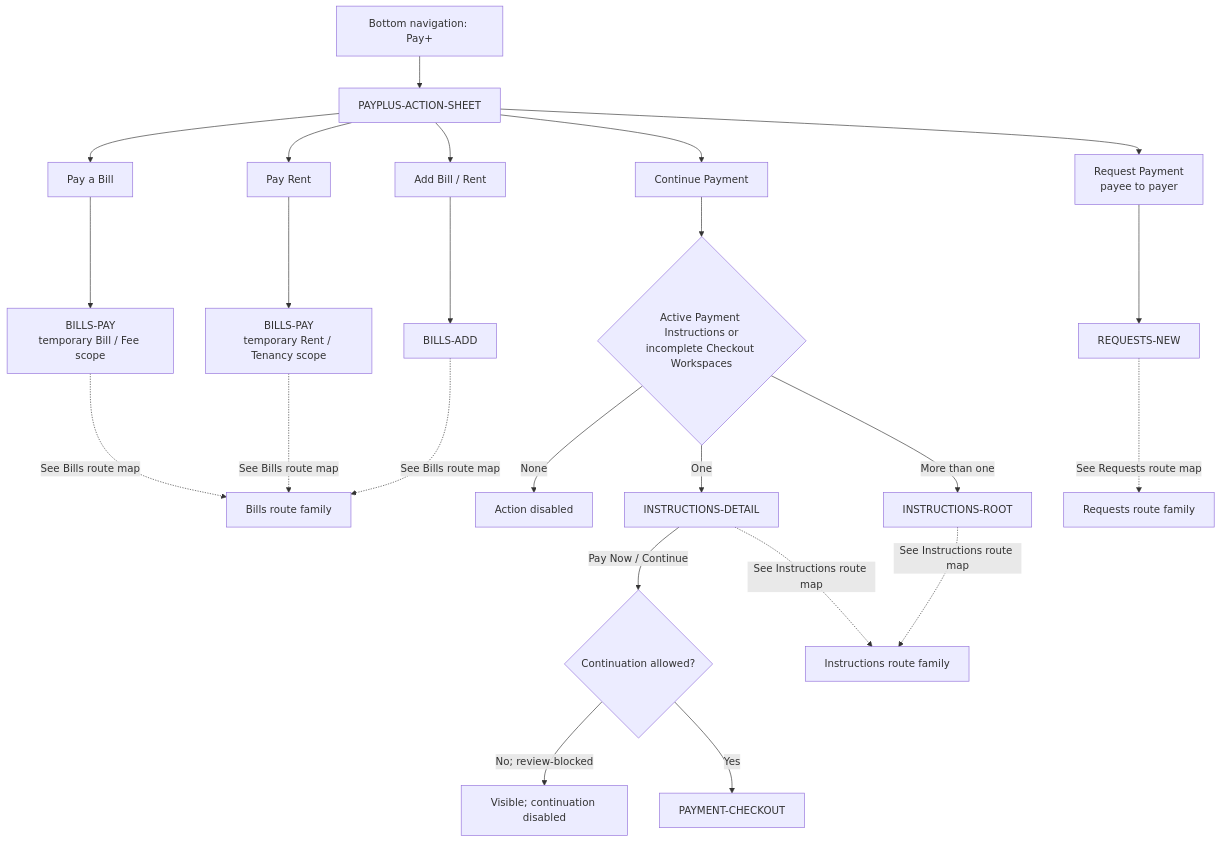
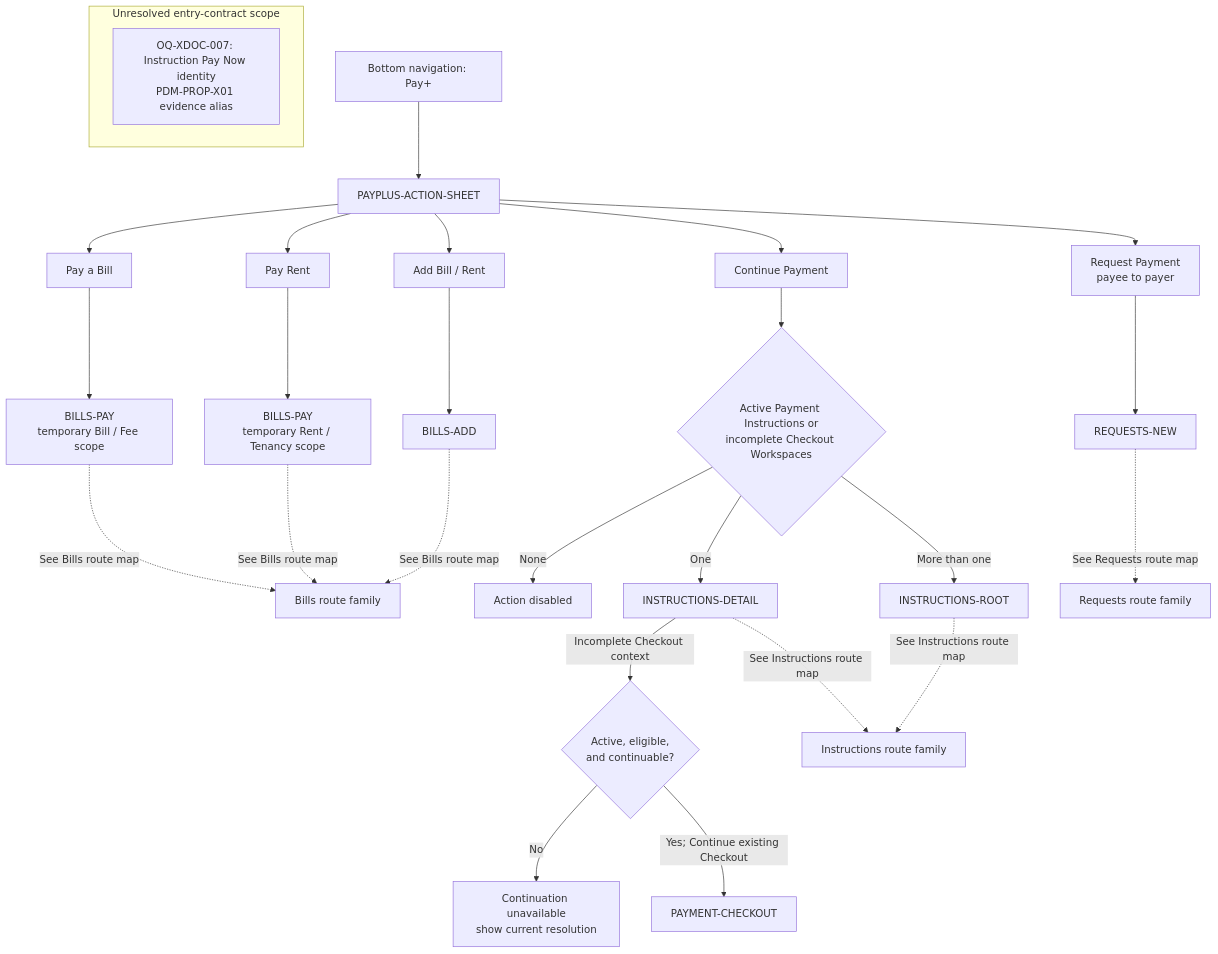
Before and after one commit to adminpayplus/payplus-docs: the diagram in docs/diagrams/routes/payplus-action-sheet-route-map.md, drawn with Mermaid. The commit also changed other lines of this file and 12 other files, not shown here.

Commit message:
docs: define adaptive payment checkout UX

````diff
--- a/docs/diagrams/routes/payplus-action-sheet-route-map.md
+++ b/docs/diagrams/routes/payplus-action-sheet-route-map.md
@@ -9,31 +9,35 @@
 ```mermaid
 flowchart TD
   PLUS["Bottom navigation: Pay+"] --> SHEET["PAYPLUS-ACTION-SHEET"]
 
   SHEET --> BILL["Pay a Bill"]
   SHEET --> RENT["Pay Rent"]
   SHEET --> ADD["Add Bill / Rent"]
   SHEET --> CONTINUE["Continue Payment"]
   SHEET --> REQUEST["Request Payment<br/>payee to payer"]
 
   BILL --> BILLPAY["BILLS-PAY<br/>temporary Bill / Fee scope"]
   RENT --> RENTPAY["BILLS-PAY<br/>temporary Rent / Tenancy scope"]
   ADD --> BILLSADD["BILLS-ADD"]
   REQUEST --> REQUESTNEW["REQUESTS-NEW"]
 
   CONTINUE --> COUNT{"Active Payment Instructions or<br/>incomplete Checkout Workspaces"}
   COUNT -->|"None"| DISABLED["Action disabled"]
   COUNT -->|"One"| DETAIL["INSTRUCTIONS-DETAIL"]
   COUNT -->|"More than one"| ROOT["INSTRUCTIONS-ROOT"]
 
-  DETAIL -->|"Pay Now / Continue"| ALLOWED{"Continuation allowed?"}
-  ALLOWED -->|"No; review-blocked"| VISIBLE["Visible; continuation disabled"]
-  ALLOWED -->|"Yes"| CHECKOUT["PAYMENT-CHECKOUT"]
+  DETAIL -->|"Incomplete Checkout context"| ALLOWED{"Active, eligible,<br/>and continuable?"}
+  ALLOWED -->|"No"| VISIBLE["Continuation unavailable<br/>show current resolution"]
+  ALLOWED -->|"Yes; Continue existing Checkout"| CHECKOUT["PAYMENT-CHECKOUT"]
 
   BILLPAY -. "See Bills route map" .-> BILLSFAMILY["Bills route family"]
   RENTPAY -. "See Bills route map" .-> BILLSFAMILY
   BILLSADD -. "See Bills route map" .-> BILLSFAMILY
   REQUESTNEW -. "See Requests route map" .-> REQUESTFAMILY["Requests route family"]
   ROOT -. "See Instructions route map" .-> INSTRUCTIONFAMILY["Instructions route family"]
   DETAIL -. "See Instructions route map" .-> INSTRUCTIONFAMILY
+
+  subgraph UNRESOLVED["Unresolved entry-contract scope"]
+    X01["OQ-XDOC-007: Instruction Pay Now identity<br/>PDM-PROP-X01 evidence alias"]
+  end
 ```
````
